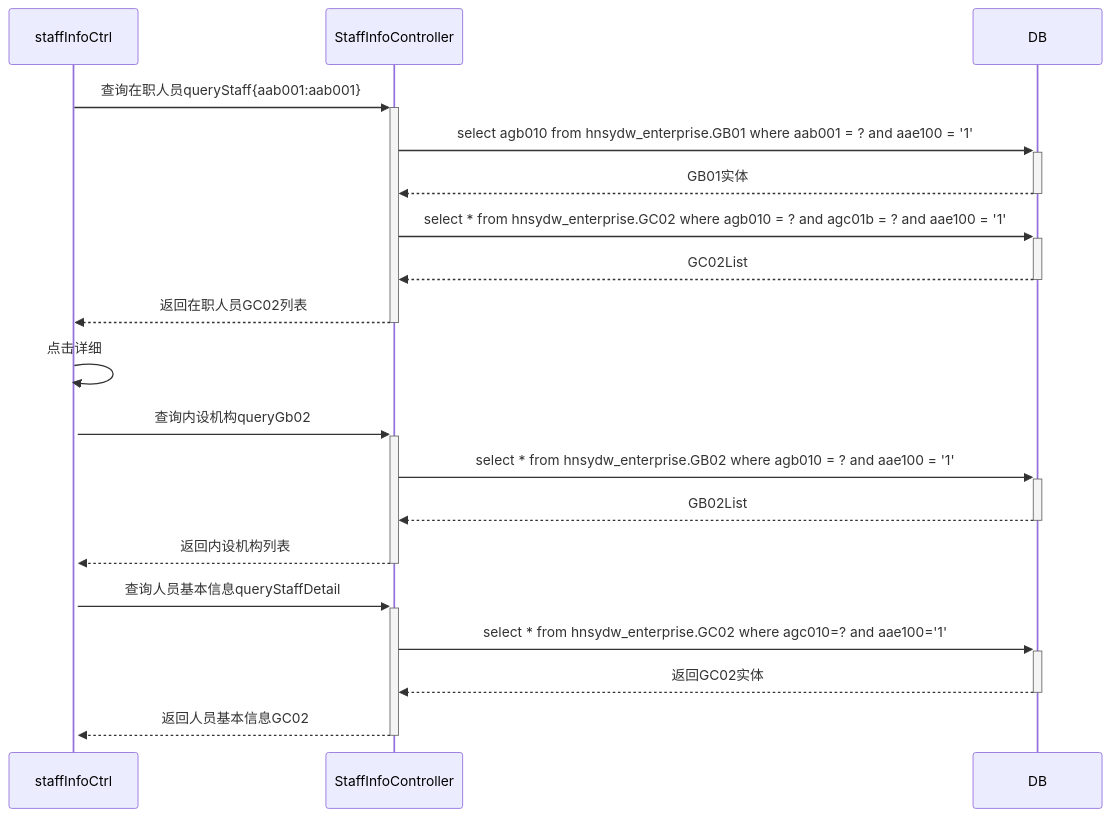
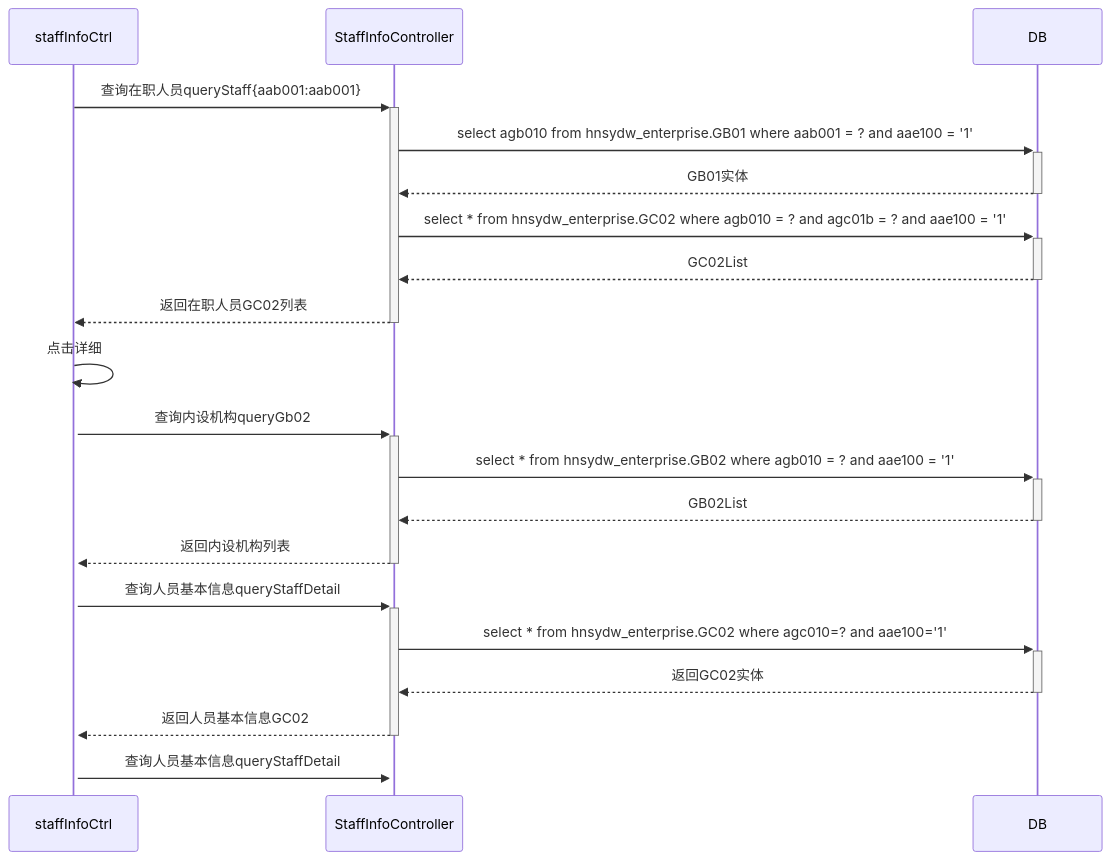
One commit to ZhangJianBeiJing/iodraw-files changed the diagram in all/未命名-1.md. Above: the diagram before and after it, drawn with Mermaid.

Commit message:
2025-03-24 15:43:12 update

````diff
--- a/all/未命名-1.md
+++ b/all/未命名-1.md
@@ -1,20 +1,20 @@
 ```mermaid
 sequenceDiagram
     staffInfoCtrl->>+StaffInfoController:查询在职人员queryStaff{aab001:aab001}
     StaffInfoController->>+DB: select agb010 from hnsydw_enterprise.GB01 where aab001 = ? and aae100 = '1'
     DB-->>-StaffInfoController:GB01实体
     StaffInfoController->>+DB: select * from hnsydw_enterprise.GC02 where agb010 = ? and agc01b = ?  and aae100 = '1'
     DB-->>-StaffInfoController:GC02List
     StaffInfoController-->>-staffInfoCtrl:返回在职人员GC02列表
     staffInfoCtrl->>+staffInfoCtrl:点击详细
     staffInfoCtrl->>+StaffInfoController:查询内设机构queryGb02
     StaffInfoController->>+DB:select * from hnsydw_enterprise.GB02 where agb010 = ? and aae100 = '1'
     DB-->>-StaffInfoController:GB02List
     StaffInfoController-->>-staffInfoCtrl:返回内设机构列表
     staffInfoCtrl->>+StaffInfoController:查询人员基本信息queryStaffDetail
     StaffInfoController->>+DB:select * from hnsydw_enterprise.GC02 where agc010=? and aae100='1'
     DB-->>-StaffInfoController:返回GC02实体
     StaffInfoController-->>-staffInfoCtrl:返回人员基本信息GC02
-    
+    staffInfoCtrl->>+StaffInfoController:查询人员基本信息queryStaffDetail
             
 ```
````
